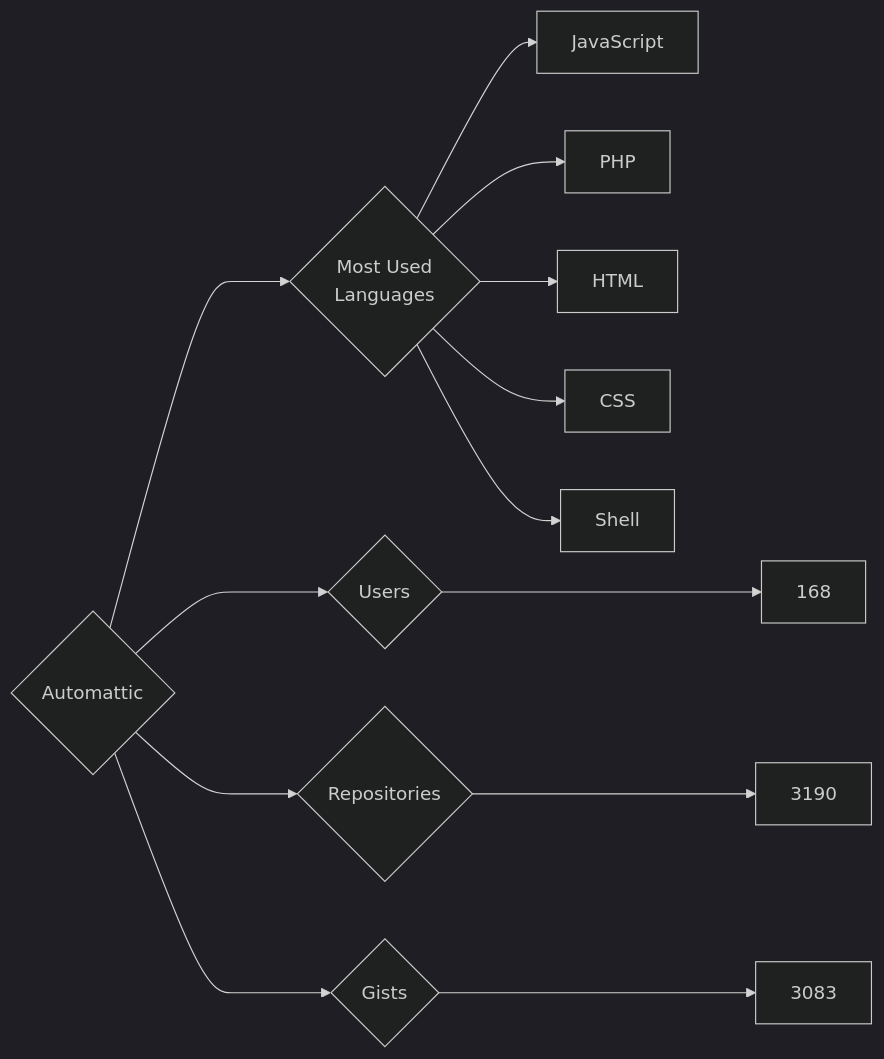
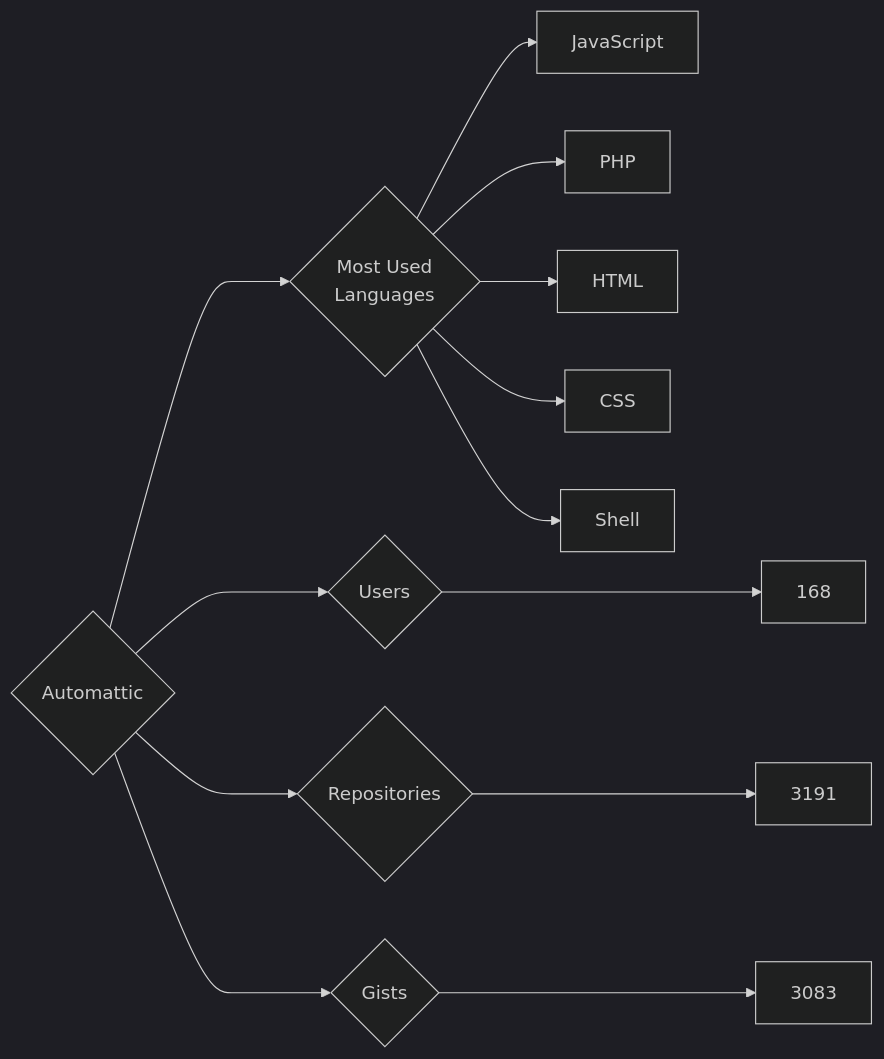
Before and after one commit to trickest/insiders: the diagram in targets/Automattic/README.md, drawn with Mermaid (dark theme). The commit also changed 736 other files, not shown here.

````diff
--- a/targets/Automattic/README.md
+++ b/targets/Automattic/README.md
@@ -3,13 +3,13 @@
 ```mermaid
 graph LR
 COMPANY_NAME{Automattic}
 COMPANY_NAME ---> U{Users} ---> UN[168]
-COMPANY_NAME ---> R{Repositories} ---> RN[3190]
+COMPANY_NAME ---> R{Repositories} ---> RN[3191]
 COMPANY_NAME ---> G{Gists} ---> GN[3083]
 COMPANY_NAME ---> ML{Most Used<br>Languages}
 ML --> JavaScript[JavaScript]
 ML --> PHP[PHP]
 ML --> HTML[HTML]
 ML --> CSS[CSS]
 ML --> Shell[Shell]
 ```
````
